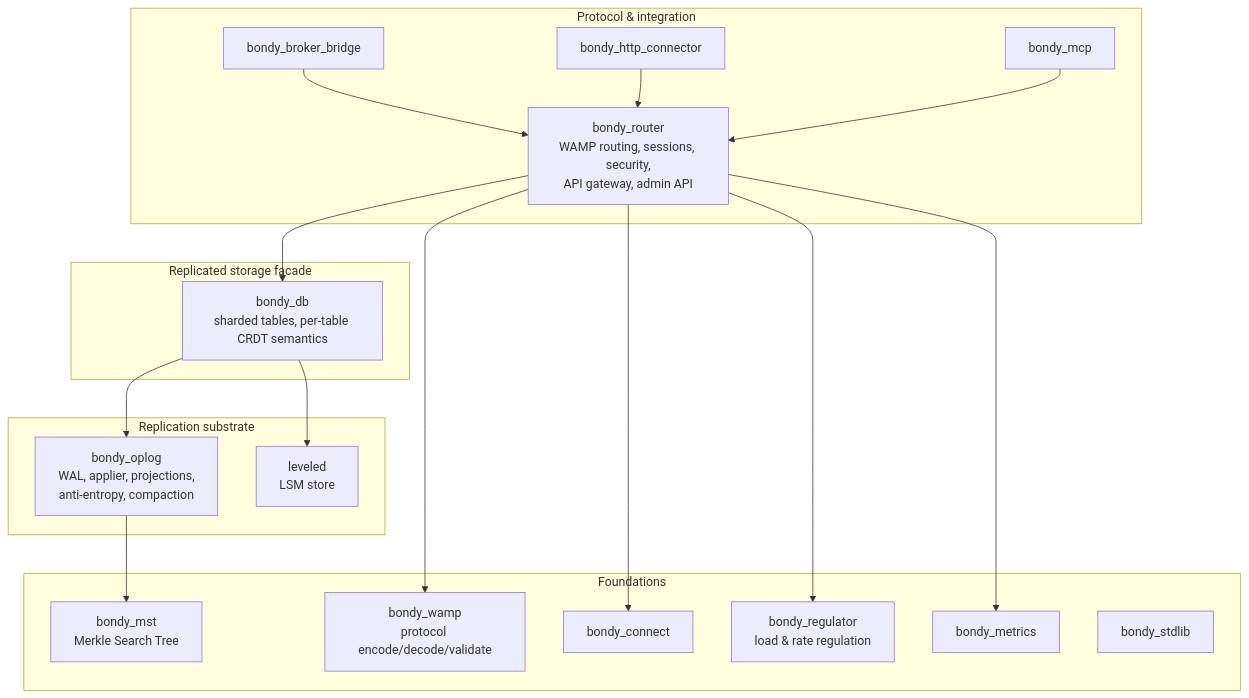
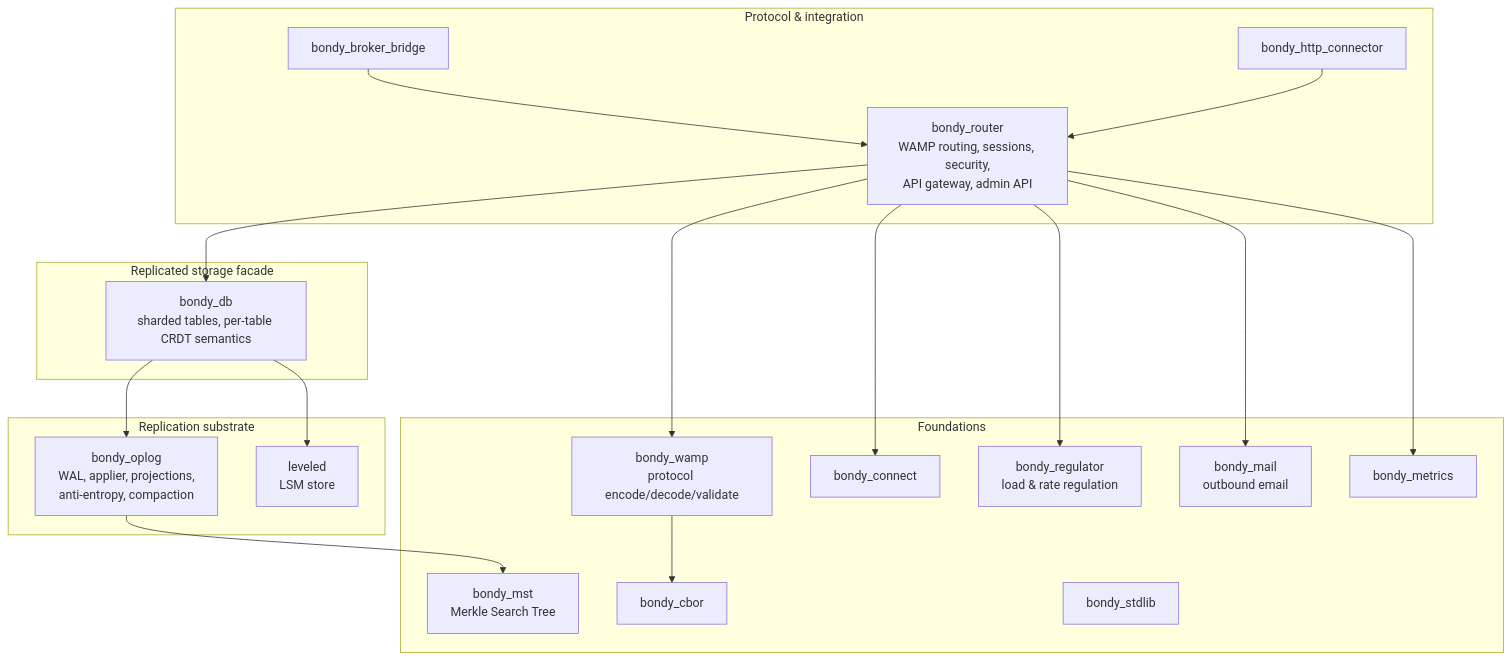
The diagram in doc/guides/architecture/view_module_decomposition.md (bondy-io/bondy), drawn with Mermaid before and after one commit. The commit also changed other lines of this file and 16 other files, not shown here.

````diff
--- a/doc/guides/architecture/view_module_decomposition.md
+++ b/doc/guides/architecture/view_module_decomposition.md
@@ -11,35 +11,37 @@
 ```mermaid
 flowchart TD
     subgraph L4["Protocol & integration"]
         ROUTER[bondy_router<br/>WAMP routing, sessions, security,<br/>API gateway, admin API]
         BRIDGE[bondy_broker_bridge]
         HTTPC[bondy_http_connector]
-        MCP[bondy_mcp]
     end
     subgraph L3["Replicated storage facade"]
         DB[bondy_db<br/>sharded tables, per-table CRDT semantics]
     end
     subgraph L2["Replication substrate"]
         OPLOG[bondy_oplog<br/>WAL, applier, projections,<br/>anti-entropy, compaction]
         LEVELED[leveled<br/>LSM store]
     end
     subgraph L1["Foundations"]
         MST[bondy_mst<br/>Merkle Search Tree]
         WAMP[bondy_wamp<br/>protocol encode/decode/validate]
+        CBOR[bondy_cbor]
         CONNECT[bondy_connect]
         REG[bondy_regulator<br/>load & rate regulation]
+        MAIL[bondy_mail<br/>outbound email]
         METRICS[bondy_metrics]
         STDLIB[bondy_stdlib]
     end
     ROUTER --> DB
     ROUTER --> WAMP
     ROUTER --> CONNECT
     ROUTER --> REG
+    ROUTER --> MAIL
     ROUTER --> METRICS
+    WAMP --> CBOR
     BRIDGE --> ROUTER
     HTTPC --> ROUTER
-    MCP --> ROUTER
     DB --> OPLOG
     DB --> LEVELED
     OPLOG --> MST
 ```
````
